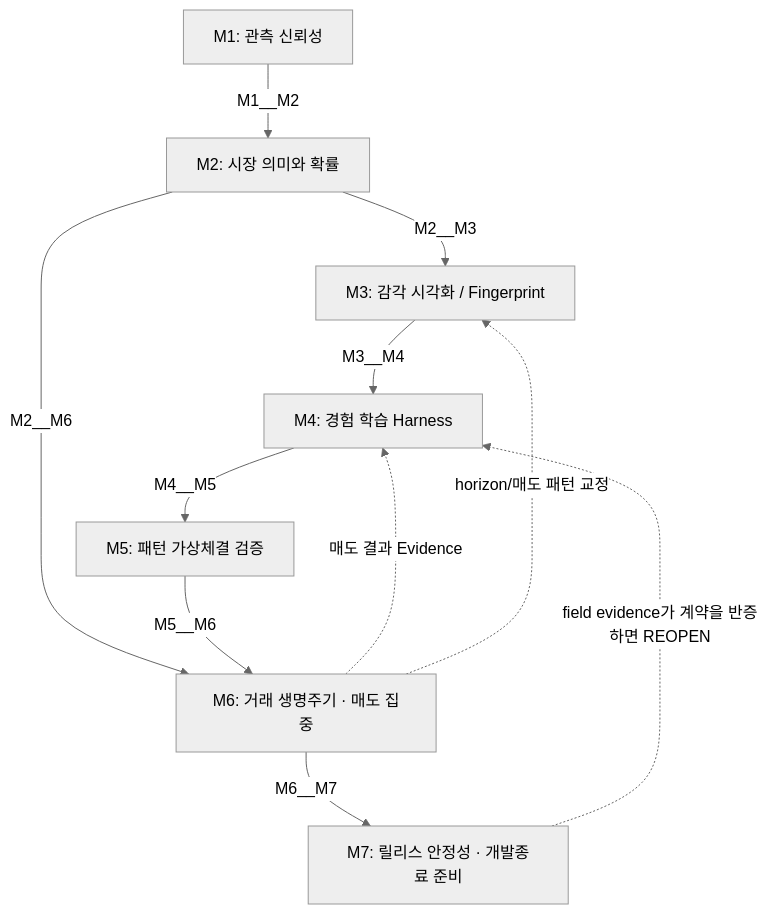
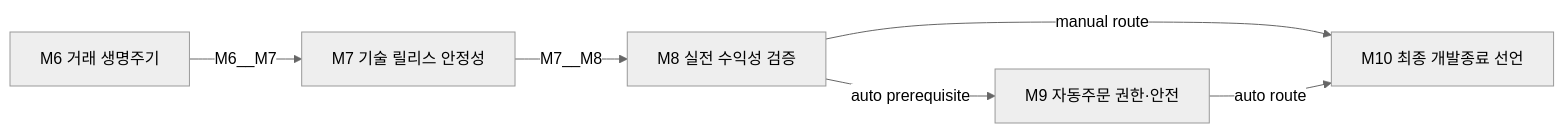
One commit to esuai02/shadow_wik changed the diagram in docs/intent_graph.mmd. Above: the diagram before and after it, drawn with Mermaid (neutral theme).

Commit message:
Focus intent diagram on field closure gates

```diff
--- a/docs/intent_graph.mmd
+++ b/docs/intent_graph.mmd
@@ -1,19 +1,13 @@
-flowchart TD
-  %% run=shadow-sensory-v1 revision=4 focus=M7
-  M1["M1: 관측 신뢰성"]
-  M2["M2: 시장 의미와 확률"]
-  M3["M3: 감각 시각화 / Fingerprint"]
-  M4["M4: 경험 학습 Harness"]
-  M5["M5: 패턴 가상체결 검증"]
-  M6["M6: 거래 생명주기 · 매도 집중"]
-  M7["M7: 릴리스 안정성 · 개발종료 준비"]
-  M1 -->|M1__M2| M2
-  M2 -->|M2__M3| M3
-  M3 -->|M3__M4| M4
-  M4 -->|M4__M5| M5
-  M2 -->|M2__M6| M6
-  M5 -->|M5__M6| M6
+flowchart LR
+  %% run=shadow-sensory-v1 revision=5 focus=M8; M1-M5 omitted
+  M6["M6 거래 생명주기"]
+  M7["M7 기술 릴리스 안정성"]
+  M8["M8 실전 수익성 검증"]
+  M9["M9 자동주문 권한·안전"]
+  M10["M10 최종 개발종료 선언"]
+
   M6 -->|M6__M7| M7
-  M6 -.매도 결과 Evidence.-> M4
-  M6 -.horizon/매도 패턴 교정.-> M3
-  M7 -.field evidence가 계약을 반증하면 REOPEN.-> M4
+  M7 -->|M7__M8| M8
+  M8 -->|manual route| M10
+  M8 -->|auto prerequisite| M9
+  M9 -->|auto route| M10
```
